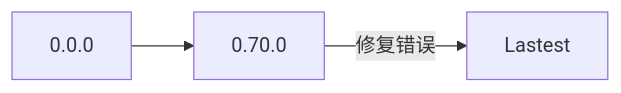
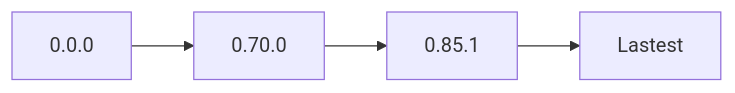
One commit to zmjack/NStandard changed the diagram in README.zh.md. Above: the diagram before and after it, drawn with Mermaid. The commit also changed other lines of this file and 231 other files, not shown here.

````diff
--- a/README.zh.md
+++ b/README.zh.md
@@ -48,4 +48,4 @@
 ```mermaid
 graph LR
-0.0.0 --> 0.70.0 --> |修复错误| Lastest
+0.0.0 --> 0.70.0 --> 0.85.1 --> Lastest
 ```
````
